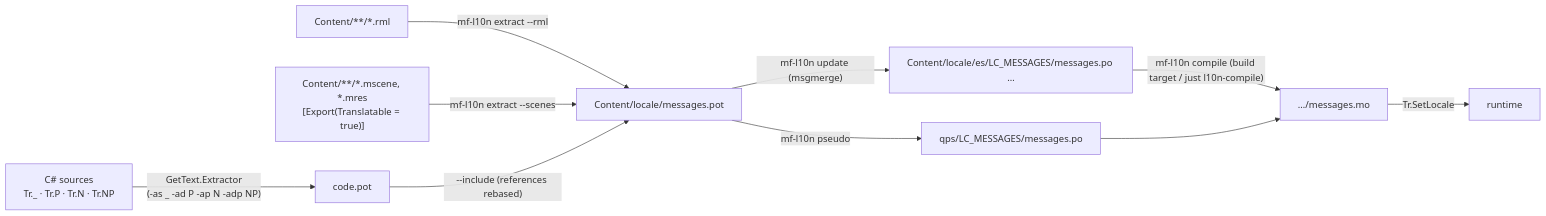
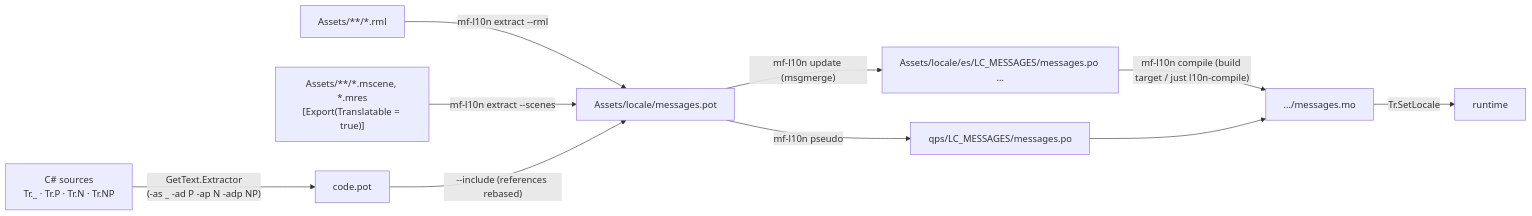
The diagram in docs/design/localization.md (Mainframe-Games/mainframe-engine), drawn with Mermaid before and after one commit. The commit also changed other lines of this file and 1186 other files, not shown here.

First line of the commit message:
Rename the content folder Content/ to Assets/ (ADR 0197) (#93)

````diff
--- a/docs/design/localization.md
+++ b/docs/design/localization.md
@@ -39,12 +39,12 @@
 ```mermaid
 flowchart LR
     CS["C# sources<br/>Tr._ · Tr.P · Tr.N · Tr.NP"] -->|"GetText.Extractor<br/>(-as _ -ad P -ap N -adp NP)"| P1["code.pot"]
-    RML["Content/**/*.rml"] -->|mf-l10n extract --rml| POT
-    SC["Content/**/*.mscene, *.mres<br/>[Export(Translatable = true)]"] -->|mf-l10n extract --scenes| POT
-    P1 -->|"--include (references rebased)"| POT["Content/locale/messages.pot"]
-    POT -->|"mf-l10n update (msgmerge)"| PO["Content/locale/es/LC_MESSAGES/messages.po …"]
+    RML["Assets/**/*.rml"] -->|mf-l10n extract --rml| POT
+    SC["Assets/**/*.mscene, *.mres<br/>[Export(Translatable = true)]"] -->|mf-l10n extract --scenes| POT
+    P1 -->|"--include (references rebased)"| POT["Assets/locale/messages.pot"]
+    POT -->|"mf-l10n update (msgmerge)"| PO["Assets/locale/es/LC_MESSAGES/messages.po …"]
     POT -->|mf-l10n pseudo| QPS["qps/LC_MESSAGES/messages.po"]
     PO -->|"mf-l10n compile (build target / just l10n-compile)"| MO["…/messages.mo"]
     QPS --> MO
     MO -->|"Tr.SetLocale"| RT["runtime"]
 ```
````
